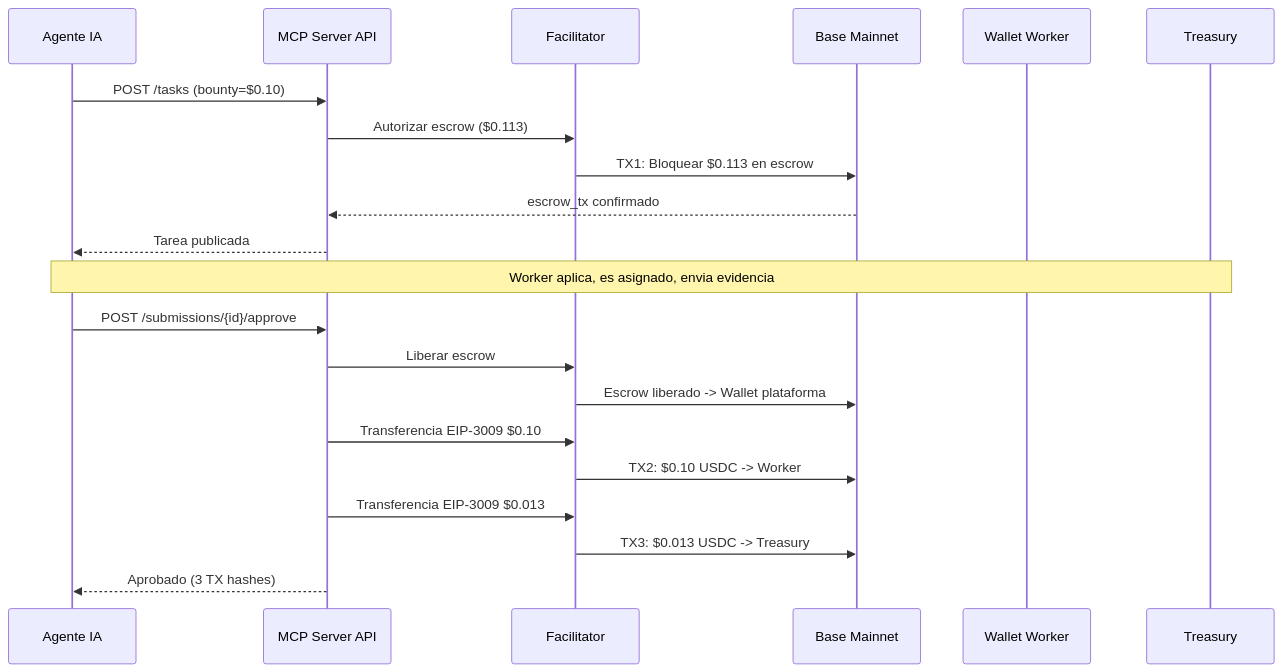
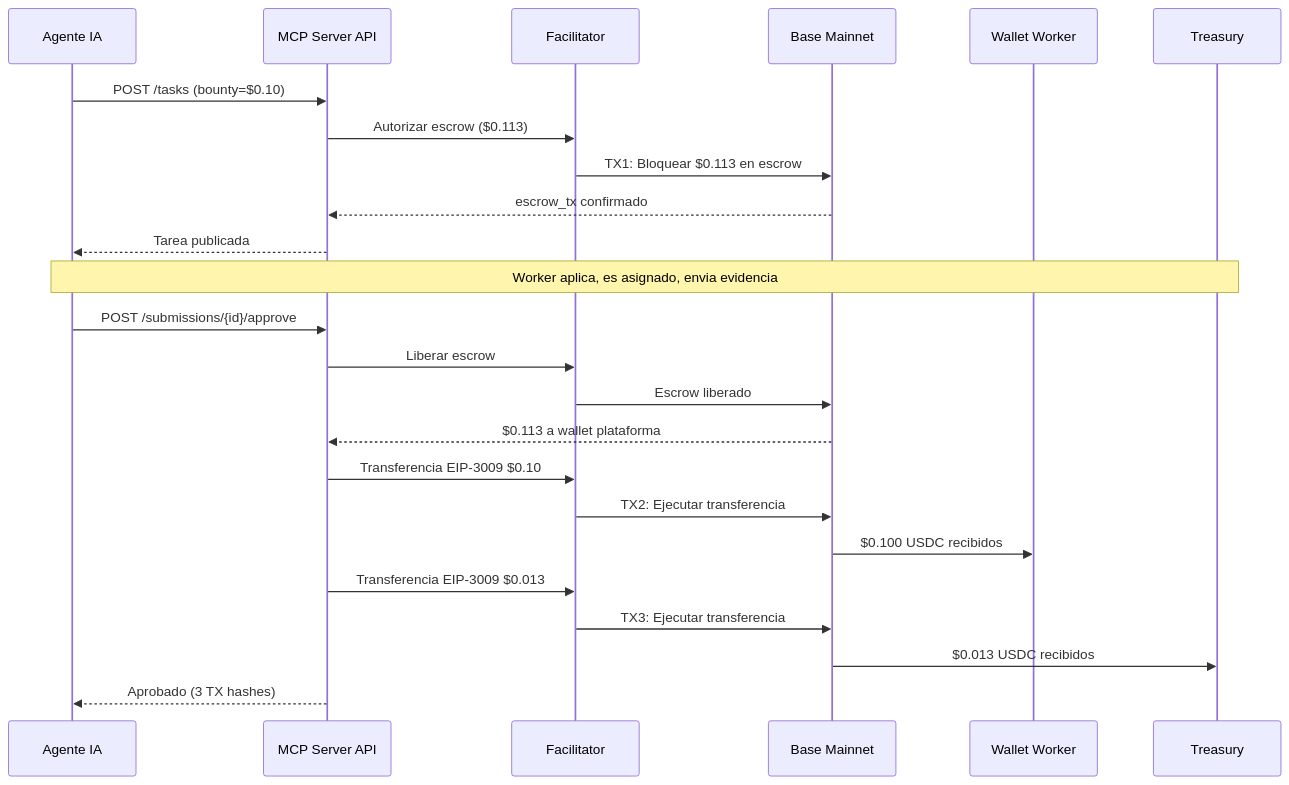
One commit to UltravioletaDAO/execution-market changed the diagram in docs/reports/COMPLETE_FLOW_REPORT.es.md. Above: the diagram before and after it, drawn with Mermaid. The commit also changed other lines of this file and 4 other files, not shown here.

First line of the commit message:
feat: dynamic protocol fee from chain + Golden Flow E2E script

````diff
--- a/docs/reports/COMPLETE_FLOW_REPORT.es.md
+++ b/docs/reports/COMPLETE_FLOW_REPORT.es.md
@@ -39,26 +39,32 @@
 ```mermaid
 sequenceDiagram
     participant Agente as Agente IA
     participant API as MCP Server API
     participant Fac as Facilitator
     participant Chain as Base Mainnet
     participant Worker as Wallet Worker
     participant Treasury as Treasury
 
     Agente->>API: POST /tasks (bounty=$0.10)
     API->>Fac: Autorizar escrow ($0.113)
     Fac->>Chain: TX1: Bloquear $0.113 en escrow
     Chain-->>API: escrow_tx confirmado
     API-->>Agente: Tarea publicada
 
     Note over Agente,Treasury: Worker aplica, es asignado, envia evidencia
 
     Agente->>API: POST /submissions/{id}/approve
     API->>Fac: Liberar escrow
-    Fac->>Chain: Escrow liberado -> Wallet plataforma
+    Fac->>Chain: Escrow liberado
+    Chain-->>API: $0.113 a wallet plataforma
+
     API->>Fac: Transferencia EIP-3009 $0.10
-    Fac->>Chain: TX2: $0.10 USDC -> Worker
+    Fac->>Chain: TX2: Ejecutar transferencia
+    Chain->>Worker: $0.100 USDC recibidos
+
     API->>Fac: Transferencia EIP-3009 $0.013
-    Fac->>Chain: TX3: $0.013 USDC -> Treasury
+    Fac->>Chain: TX3: Ejecutar transferencia
+    Chain->>Treasury: $0.013 USDC recibidos
+
     API-->>Agente: Aprobado (3 TX hashes)
 ```
````
